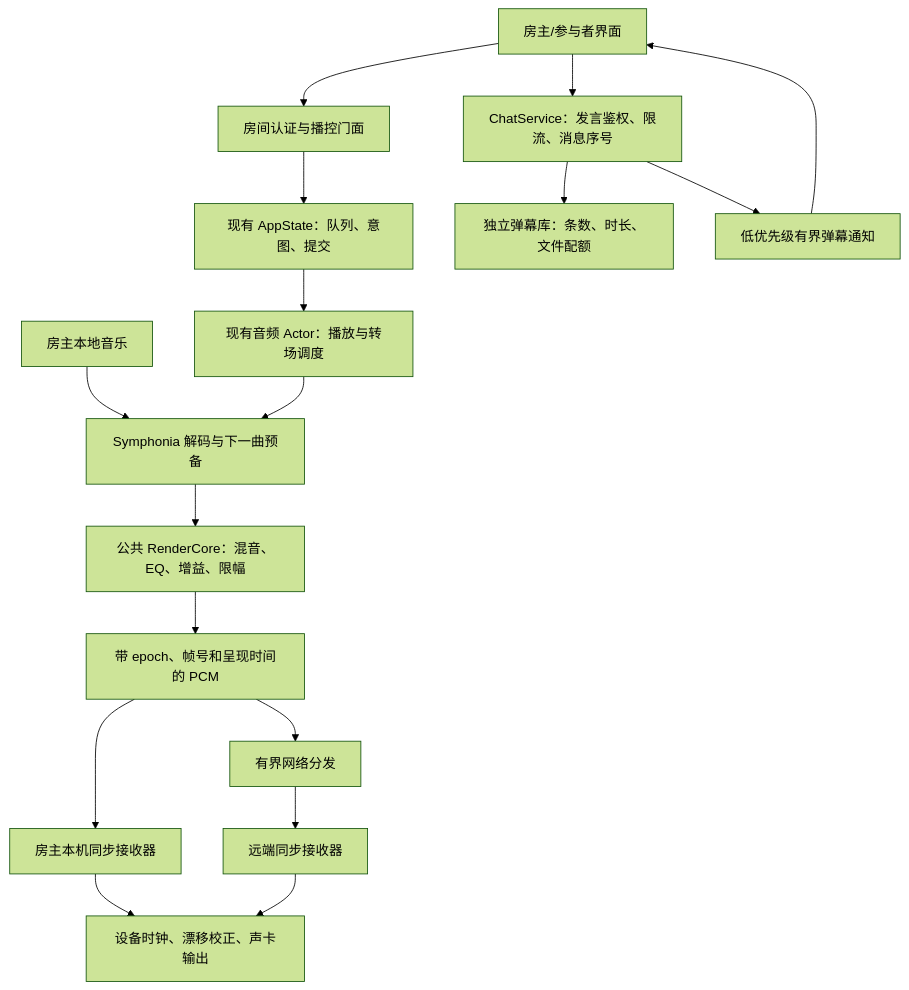
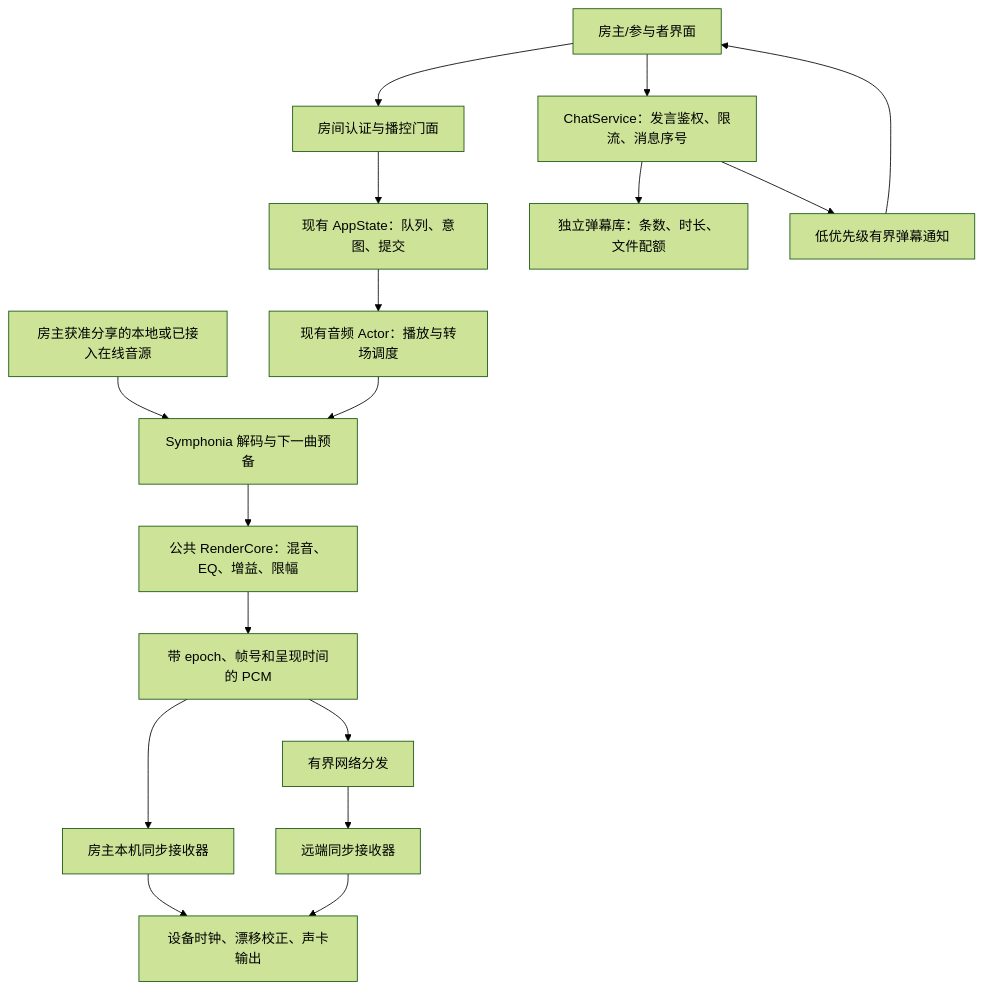
Before and after one commit to onceMisery/hertz-studio: the diagram in docs/lan-listening.md, drawn with Mermaid (forest theme). The commit also changed other lines of this file and 81 other files, not shown here.

````diff
--- a/docs/lan-listening.md
+++ b/docs/lan-listening.md
@@ -100,19 +102,19 @@
 ```mermaid
 flowchart TD
     UI[房主/参与者界面] --> Control[房间认证与播控门面]
     Control --> State[现有 AppState：队列、意图、提交]
     UI --> Chat[ChatService：发言鉴权、限流、消息序号]
     Chat --> History[独立弹幕库：条数、时长、文件配额]
     Chat --> Feed[低优先级有界弹幕通知]
     Feed --> UI
     State --> Actor[现有音频 Actor：播放与转场调度]
-    File[房主本地音乐] --> Decode[Symphonia 解码与下一曲预备]
+    File[房主获准分享的本地或已接入在线音源] --> Decode[Symphonia 解码与下一曲预备]
     Actor --> Decode
     Decode --> Render[公共 RenderCore：混音、EQ、增益、限幅]
     Render --> Frames[带 epoch、帧号和呈现时间的 PCM]
     Frames --> Sender[有界网络分发]
     Frames --> Local[房主本机同步接收器]
     Sender --> Remote[远端同步接收器]
     Local --> Output[设备时钟、漂移校正、声卡输出]
     Remote --> Output
 ```
````
